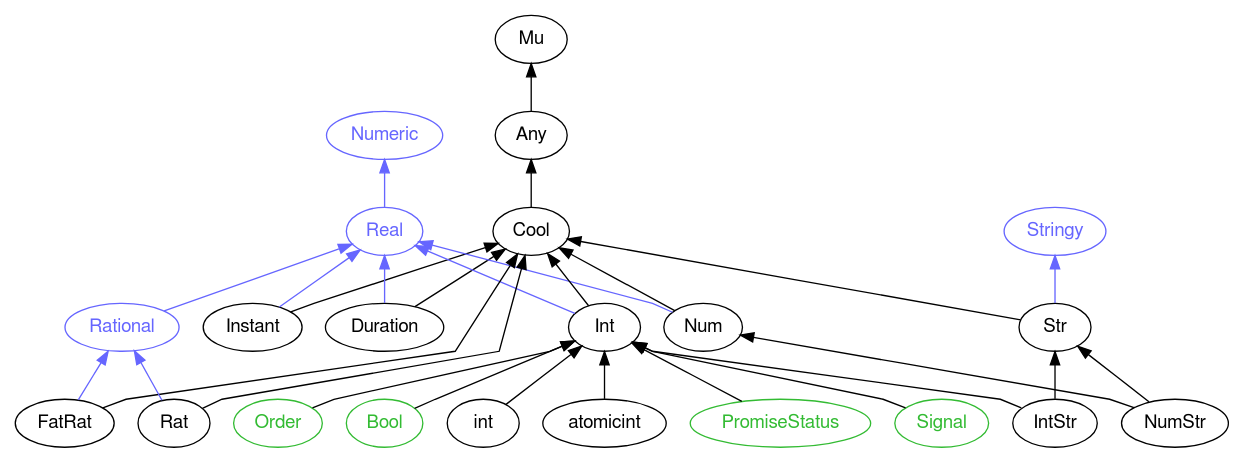
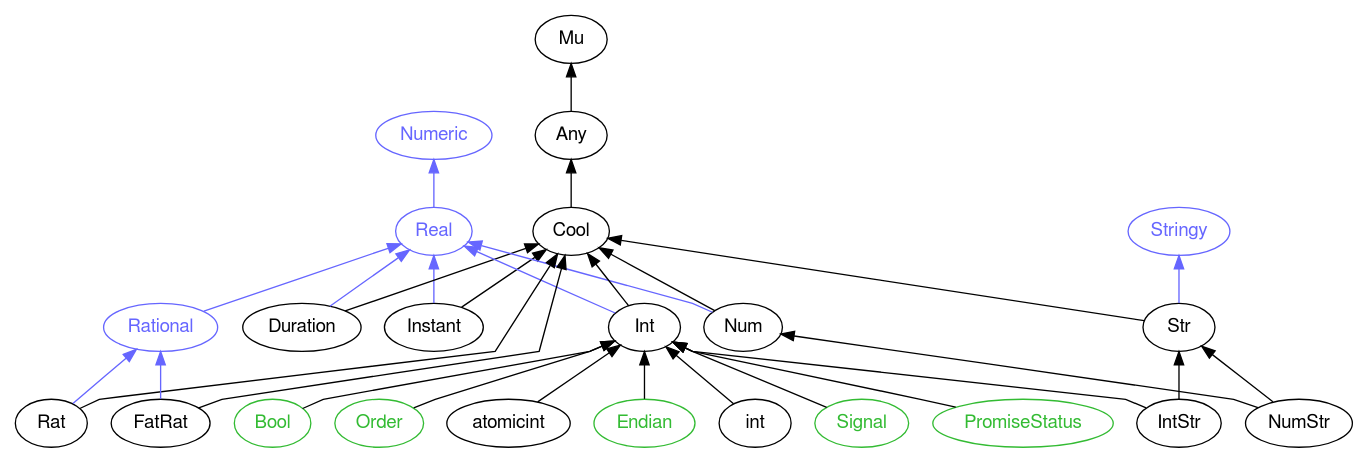
The diagram in images/type-graph-Real.svg.dot (rakudocs/rakudocs.github.io), drawn with Graphviz before and after one commit. The commit also changed 863 other files, not shown here.

```diff
--- a/images/type-graph-Real.svg.dot
+++ b/images/type-graph-Real.svg.dot
@@ -1,60 +1,62 @@
 digraph "perl6-type-graph" {
     rankdir=BT;
     splines=polyline;
     overlap=false; 
     // Types
     "Real" [color="#6666FF", fontcolor="#6666FF", href="/type/Real", fontname="FreeSans"];
     "Numeric" [color="#6666FF", fontcolor="#6666FF", href="/type/Numeric", fontname="FreeSans"];
     "Mu" [color="#000000", fontcolor="#000000", href="/type/Mu", fontname="FreeSans"];
     "Any" [color="#000000", fontcolor="#000000", href="/type/Any", fontname="FreeSans"];
     "Cool" [color="#000000", fontcolor="#000000", href="/type/Cool", fontname="FreeSans"];
     "Instant" [color="#000000", fontcolor="#000000", href="/type/Instant", fontname="FreeSans"];
+    "Rational" [color="#6666FF", fontcolor="#6666FF", href="/type/Rational", fontname="FreeSans"];
     "Duration" [color="#000000", fontcolor="#000000", href="/type/Duration", fontname="FreeSans"];
     "Num" [color="#000000", fontcolor="#000000", href="/type/Num", fontname="FreeSans"];
     "Int" [color="#000000", fontcolor="#000000", href="/type/Int", fontname="FreeSans"];
-    "Rational" [color="#6666FF", fontcolor="#6666FF", href="/type/Rational", fontname="FreeSans"];
     "Stringy" [color="#6666FF", fontcolor="#6666FF", href="/type/Stringy", fontname="FreeSans"];
     "Str" [color="#000000", fontcolor="#000000", href="/type/Str", fontname="FreeSans"];
     "NumStr" [color="#000000", fontcolor="#000000", href="/type/NumStr", fontname="FreeSans"];
+    "Endian" [color="#33BB33", fontcolor="#33BB33", href="/type/Endian", fontname="FreeSans"];
+    "int" [color="#000000", fontcolor="#000000", href="/type/int", fontname="FreeSans"];
+    "Signal" [color="#33BB33", fontcolor="#33BB33", href="/type/Signal", fontname="FreeSans"];
+    "IntStr" [color="#000000", fontcolor="#000000", href="/type/IntStr", fontname="FreeSans"];
+    "PromiseStatus" [color="#33BB33", fontcolor="#33BB33", href="/type/PromiseStatus", fontname="FreeSans"];
     "Bool" [color="#33BB33", fontcolor="#33BB33", href="/type/Bool", fontname="FreeSans"];
-    "int" [color="#000000", fontcolor="#000000", href="/type/int", fontname="FreeSans"];
+    "Order" [color="#33BB33", fontcolor="#33BB33", href="/type/Order", fontname="FreeSans"];
     "atomicint" [color="#000000", fontcolor="#000000", href="/type/atomicint", fontname="FreeSans"];
-    "PromiseStatus" [color="#33BB33", fontcolor="#33BB33", href="/type/PromiseStatus", fontname="FreeSans"];
-    "IntStr" [color="#000000", fontcolor="#000000", href="/type/IntStr", fontname="FreeSans"];
-    "Signal" [color="#33BB33", fontcolor="#33BB33", href="/type/Signal", fontname="FreeSans"];
-    "Order" [color="#33BB33", fontcolor="#33BB33", href="/type/Order", fontname="FreeSans"];
+    "Rat" [color="#000000", fontcolor="#000000", href="/type/Rat", fontname="FreeSans"];
     "FatRat" [color="#000000", fontcolor="#000000", href="/type/FatRat", fontname="FreeSans"];
-    "Rat" [color="#000000", fontcolor="#000000", href="/type/Rat", fontname="FreeSans"];
 
     // Superclasses
     "Any" -> "Mu" [color="#000000"];
     "Cool" -> "Any" [color="#000000"];
     "Instant" -> "Cool" [color="#000000"];
     "Duration" -> "Cool" [color="#000000"];
     "Num" -> "Cool" [color="#000000"];
     "Int" -> "Cool" [color="#000000"];
     "Str" -> "Cool" [color="#000000"];
     "NumStr" -> "Num" [color="#000000"];
     "NumStr" -> "Str" [color="#000000"];
-    "Bool" -> "Int" [color="#000000"];
+    "Endian" -> "Int" [color="#000000"];
     "int" -> "Int" [color="#000000"];
-    "atomicint" -> "Int" [color="#000000"];
-    "PromiseStatus" -> "Int" [color="#000000"];
+    "Signal" -> "Int" [color="#000000"];
     "IntStr" -> "Int" [color="#000000"];
     "IntStr" -> "Str" [color="#000000"];
-    "Signal" -> "Int" [color="#000000"];
+    "PromiseStatus" -> "Int" [color="#000000"];
+    "Bool" -> "Int" [color="#000000"];
     "Order" -> "Int" [color="#000000"];
+    "atomicint" -> "Int" [color="#000000"];
+    "Rat" -> "Cool" [color="#000000"];
     "FatRat" -> "Cool" [color="#000000"];
-    "Rat" -> "Cool" [color="#000000"];
 
     // Roles
     "Real" -> "Numeric" [color="#6666FF"];
     "Instant" -> "Real" [color="#6666FF"];
+    "Rational" -> "Real" [color="#6666FF"];
     "Duration" -> "Real" [color="#6666FF"];
     "Num" -> "Real" [color="#6666FF"];
     "Int" -> "Real" [color="#6666FF"];
-    "Rational" -> "Real" [color="#6666FF"];
     "Str" -> "Stringy" [color="#6666FF"];
+    "Rat" -> "Rational" [color="#6666FF"];
     "FatRat" -> "Rational" [color="#6666FF"];
-    "Rat" -> "Rational" [color="#6666FF"];
 }
```
